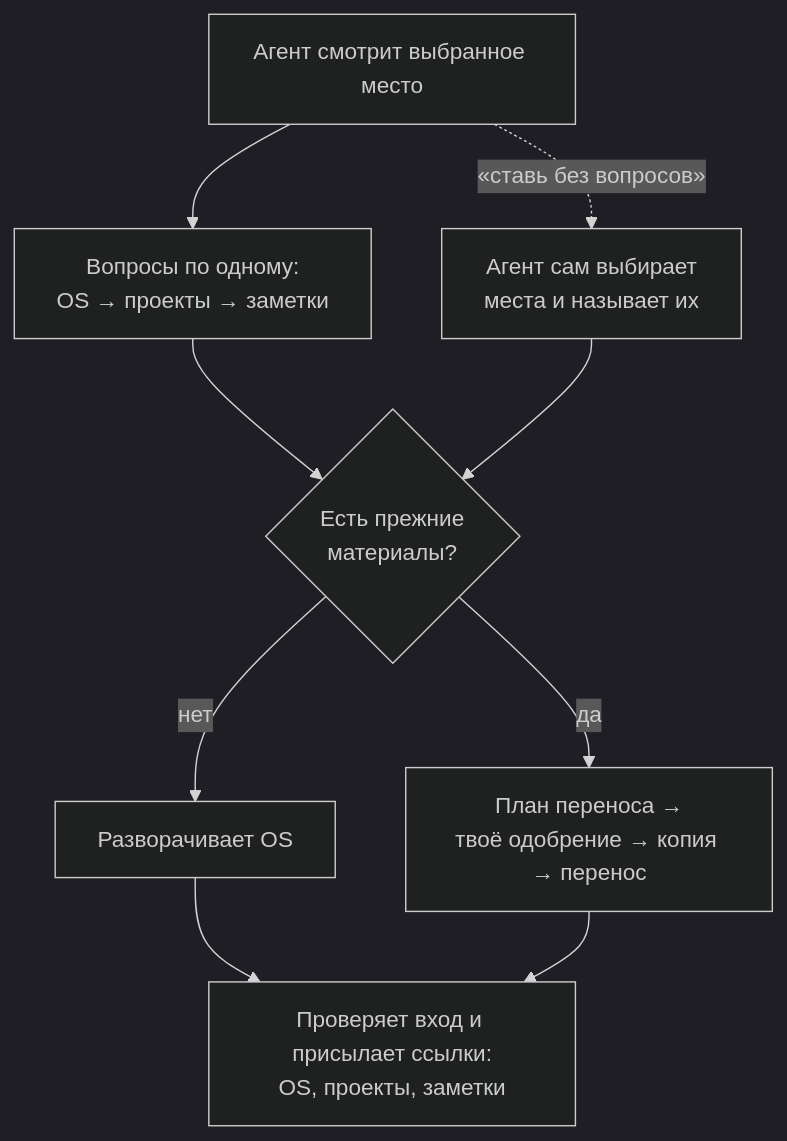
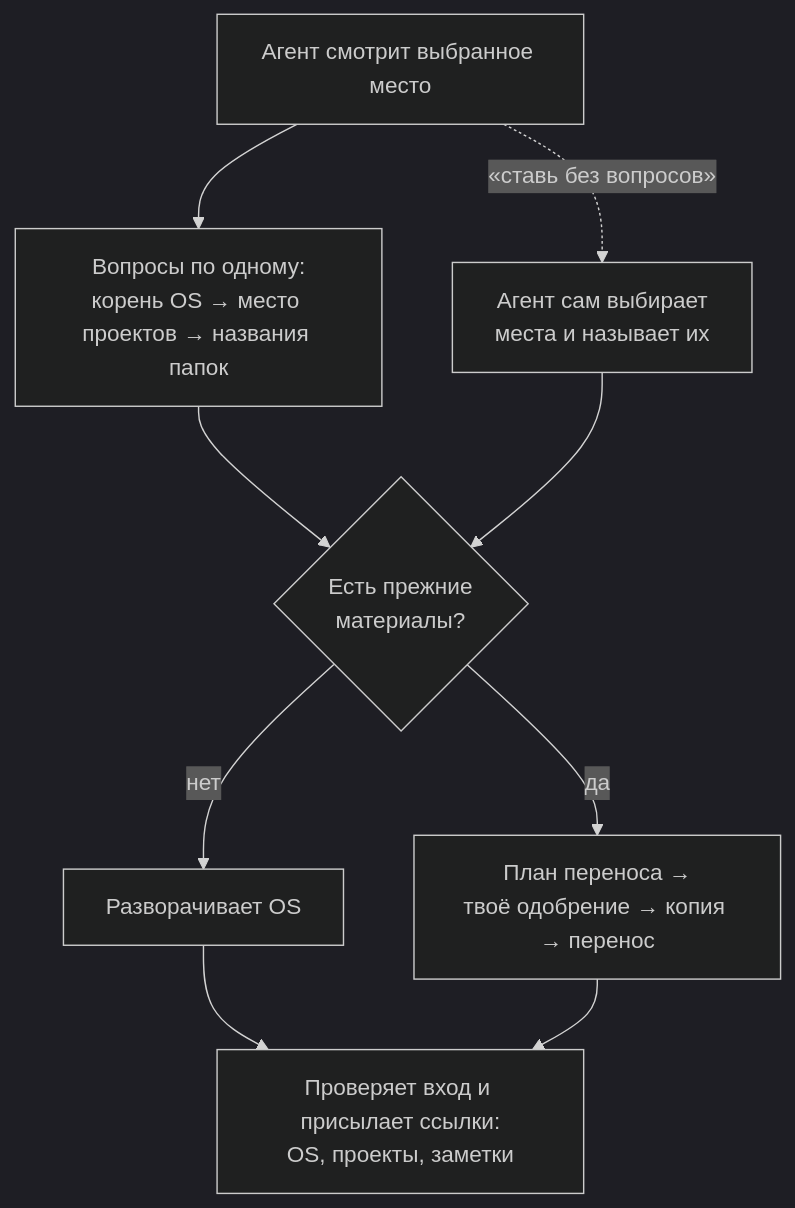
Before and after one commit to ai-babai/personal-os-starter: the diagram in README.md, drawn with Mermaid (dark theme). The commit also changed other lines of this file and 6 other files, not shown here.

````diff
--- a/README.md
+++ b/README.md
@@ -102,11 +102,11 @@
 ```mermaid
 flowchart TD
-    look["Агент смотрит выбранное место"] --> wizard["Вопросы по одному:<br/>OS → проекты → заметки"]
+    look["Агент смотрит выбранное место"] --> wizard["Вопросы по одному:<br/>корень OS → место проектов → названия папок"]
     look -.->|"«ставь без вопросов»"| auto["Агент сам выбирает<br/>места и называет их"]
     wizard --> old{"Есть прежние<br/>материалы?"}
     auto --> old
     old -->|"нет"| install["Разворачивает OS"]
     old -->|"да"| plan["План переноса →<br/>твоё одобрение → копия → перенос"]
     install --> done["Проверяет вход и присылает ссылки:<br/>OS, проекты, заметки"]
     plan --> done
 ```
````
